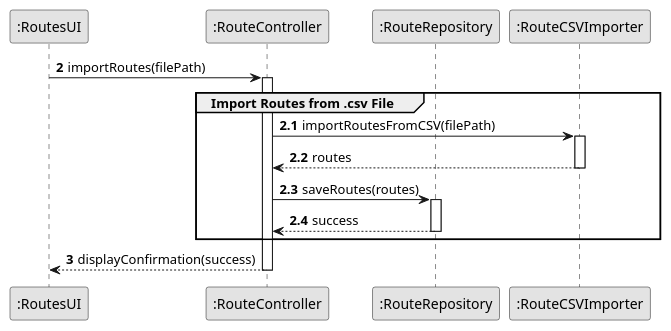
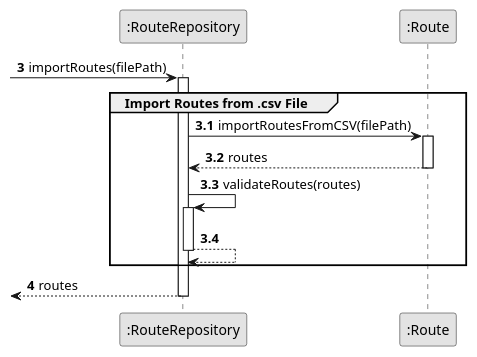
One commit to ricardomm7/leaflink changed the diagram in docs/sprintB/us012/03.design/puml/us012-sequence-diagram-partial-import-.csv-file.puml. Above: the diagram before and after it, drawn with PlantUML. The commit also changed 10 other files, not shown here.

```diff
--- a/docs/sprintB/us012/03.design/puml/us012-sequence-diagram-partial-import-.csv-file.puml
+++ b/docs/sprintB/us012/03.design/puml/us012-sequence-diagram-partial-import-.csv-file.puml
@@ -1,43 +1,43 @@
 @startuml
 skinparam monochrome true
 skinparam packageStyle rectangle
 skinparam shadowing false
 
 autonumber
 
 'hide footbox
-participant ":RoutesUI" as UI
-participant ":RouteController" as CTR
 participant ":RouteRepository" as Repository
-participant ":RouteCSVImporter" as Importer
-autonumber 2
+participant ":Route" as Importer
+autonumber 3
 
 
-UI -> CTR : importRoutes(filePath)
-autonumber 2.1
+ -> Repository : importRoutes(filePath)
+autonumber 3.1
 
-activate CTR
+activate Repository
 
   Group Import Routes from .csv File
 
-    CTR -> Importer : importRoutesFromCSV(filePath)
-    activate Importer
+    Repository -> Importer: importRoutesFromCSV(filePath)
+        activate Importer
+
+        Importer --> Repository: routes
+        deactivate Importer
 
 
-    Importer --> CTR : routes
-    deactivate Importer
-
-    CTR -> Repository : saveRoutes(routes)
+    Repository -> Repository: validateRoutes(routes)
     activate Repository
 
-    Repository --> CTR : success
-    deactivate Repository
-    end
-    autonumber 3
+        Repository --> Repository
+        deactivate Repository
 
 
-CTR --> UI : displayConfirmation(success)
-deactivate CTR
+    end
+    autonumber 4
+
+
+     <-- Repository  : routes
+deactivate Repository
 
 
 @enduml
```
